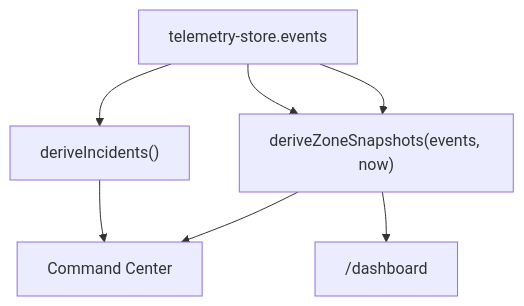
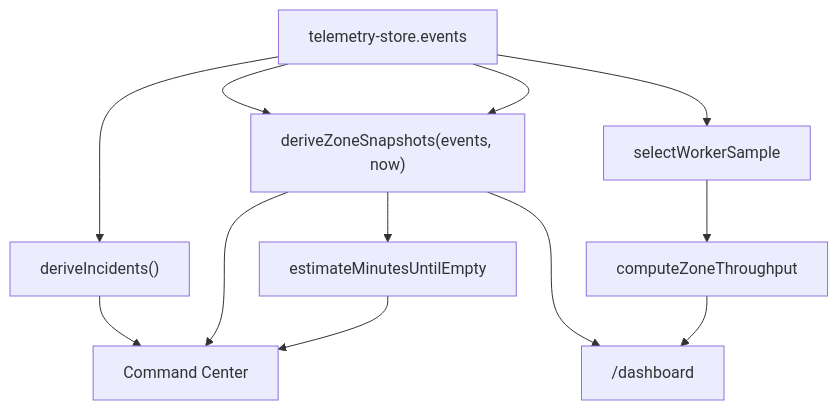
The diagram in docs/pipeline.md (ikrame-ih/live-event-radar), drawn with Mermaid before and after one commit. The commit also changed other lines of this file and 44 other files, not shown here.

First line of the commit message:
feat: move throughput math to a Web Worker and cap the buffer with a ring

````diff
--- a/docs/pipeline.md
+++ b/docs/pipeline.md
@@ -58,12 +55,17 @@
 ```mermaid
 flowchart TB
   events["telemetry-store.events"]
   incidents["deriveIncidents()"]
   snapshots["deriveZoneSnapshots(events, now)"]
+  eta["estimateMinutesUntilEmpty"]
+  sample["selectWorkerSample"]
+  worker["computeZoneThroughput"]
   cmd["Command Center"]
   dash["/dashboard"]
 
   events --> incidents --> cmd
   events --> snapshots --> cmd
+  snapshots --> eta --> cmd
   events --> snapshots --> dash
+  events --> sample --> worker --> dash
 ```
````
